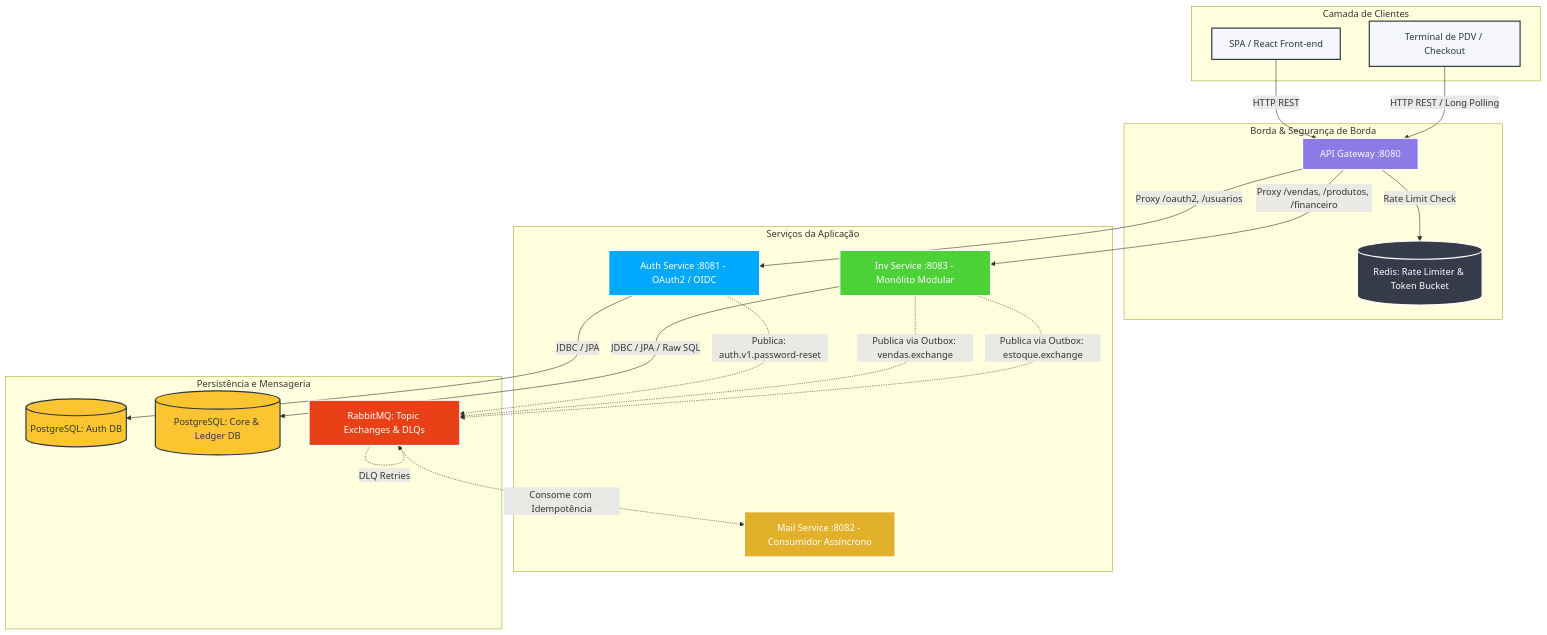
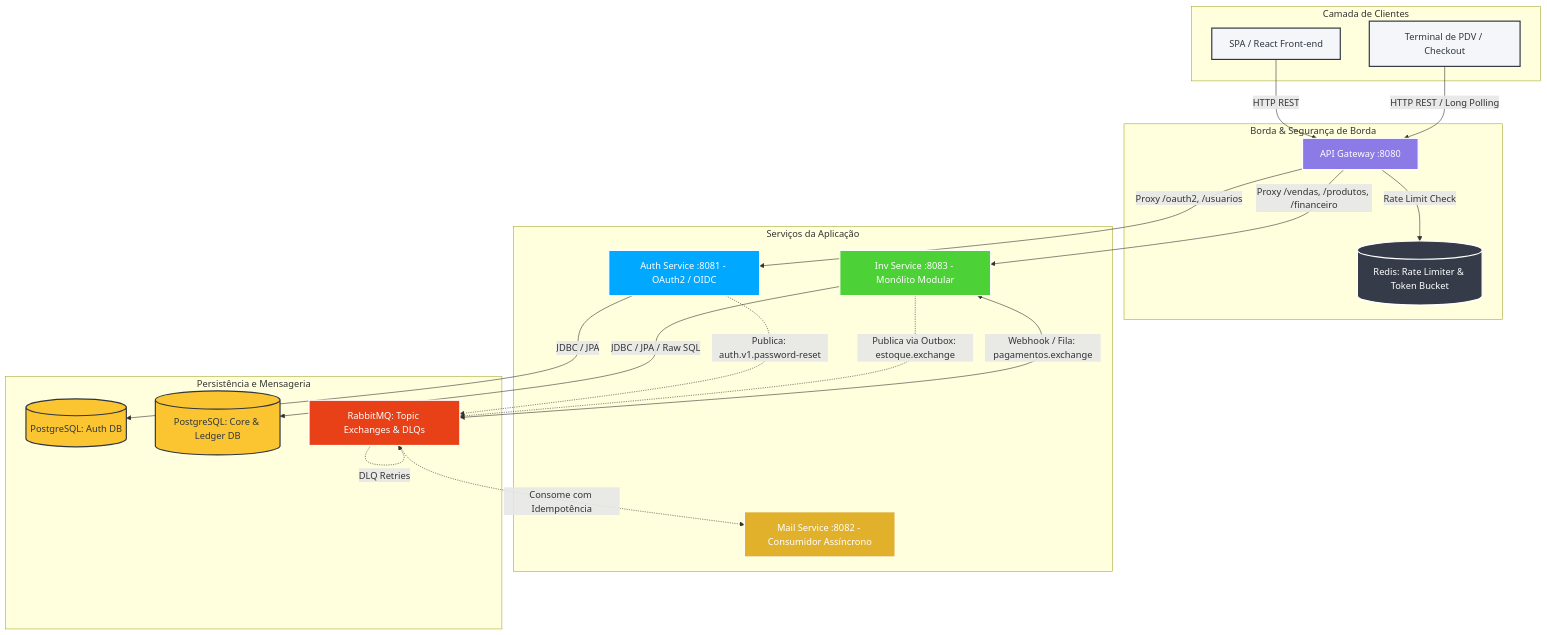
Before and after one commit to iXDGabrielTK/petshop-microservices: the first of 2 diagrams in docs/architecture/system-overview.md, drawn with Mermaid. The commit also changed other lines of this file and 13 other files, not shown here.

````diff
--- a/docs/architecture/system-overview.md
+++ b/docs/architecture/system-overview.md
@@ -9,57 +9,57 @@
 ```mermaid
 graph TD
 
 %% --- Estilos de Nós ---
     classDef client fill:#f5f6fa,stroke:#2f3640,stroke-width:2px,color:#2f3640;
     classDef gateway fill:#8c7ae6,stroke:#fff,stroke-width:2px,color:#fff;
     classDef authService fill:#00a8ff,stroke:#fff,stroke-width:2px,color:#fff;
     classDef coreService fill:#4cd137,stroke:#fff,stroke-width:2px,color:#fff;
     classDef mailService fill:#e1b12c,stroke:#fff,stroke-width:2px,color:#fff;
     classDef infra fill:#353b48,stroke:#fff,stroke-width:2px,color:#fff;
     classDef database fill:#fbc531,stroke:#2f3640,stroke-width:2px,color:#2f3640;
     classDef broker fill:#e84118,stroke:#fff,stroke-width:2px,color:#fff;
 
 %% --- Camada de Clientes ---
     subgraph Clients [Camada de Clientes]
         Browser[SPA / React Front-end]:::client
         PDV[Terminal de PDV / Checkout]:::client
     end
 
 %% --- Edge / Borda ---
     subgraph EdgeLayer [Borda & Segurança de Borda]
         Gateway[API Gateway :8080]:::gateway
         Redis[(Redis: Rate Limiter & Token Bucket)]:::infra
     end
 
 %% --- Cluster de Microsserviços ---
     subgraph Services [Serviços da Aplicação]
         Auth[Auth Service :8081 - OAuth2 / OIDC]:::authService
         Inv[Inv Service :8083 - Monólito Modular]:::coreService
         Mail[Mail Service :8082 - Consumidor Assíncrono]:::mailService
     end
 
 %% --- Persistência e Mensageria ---
     subgraph PersistenceLayer [Persistência e Mensageria]
         AuthDB[(PostgreSQL: Auth DB)]:::database
         InvDB[(PostgreSQL: Core & Ledger DB)]:::database
         RabbitMQ[RabbitMQ: Topic Exchanges & DLQs]:::broker
     end
 
 %% --- Conexões Síncronas (HTTP) ---
     Browser -->|HTTP REST| Gateway
     PDV -->|HTTP REST / Long Polling| Gateway
     Gateway -->|Rate Limit Check| Redis
     Gateway -->|Proxy /oauth2, /usuarios| Auth
     Gateway -->|Proxy /vendas, /produtos, /financeiro| Inv
 
     Auth -->|JDBC / JPA| AuthDB
     Inv -->|JDBC / JPA / Raw SQL| InvDB
 
 %% --- Conexões Assíncronas (AMQP) ---
     Auth -.->|Publica: auth.v1.password-reset| RabbitMQ
-    Inv -.->|Publica via Outbox: vendas.exchange| RabbitMQ
     Inv -.->|Publica via Outbox: estoque.exchange| RabbitMQ
+    Inv <-->|Webhook / Fila: pagamentos.exchange| RabbitMQ
 
     RabbitMQ -.->|Consome com Idempotência| Mail
     RabbitMQ -.->|DLQ Retries| RabbitMQ
 ```
````
